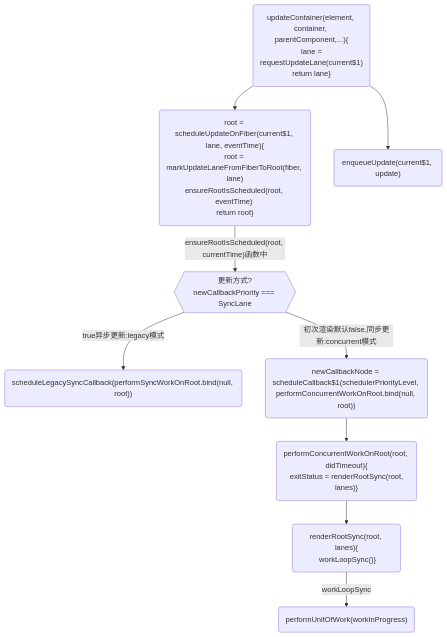
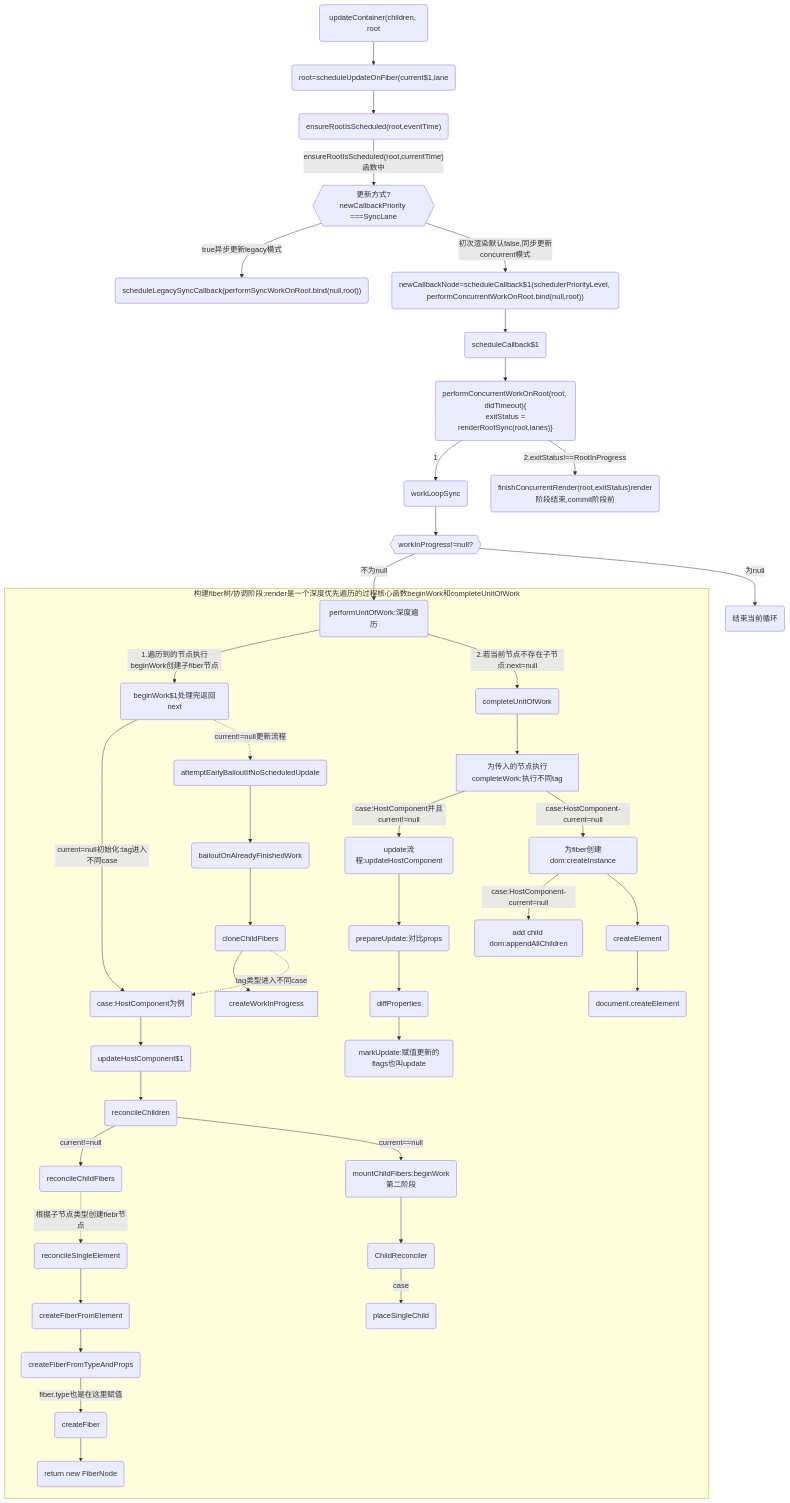
The third of 11 diagrams in A-React/01-jsx-ast-render阶段.md (huiruo/programming-technology), drawn with Mermaid before and after one commit. The commit also changed other lines of this file and 15 other files, not shown here.

````diff
--- a/A-React/01-jsx-ast-render阶段.md
+++ b/A-React/01-jsx-ast-render阶段.md
@@ -51,23 +500,52 @@
 ```mermaid
 flowchart TD
-A1("updateContainer(element, container, parentComponent,...){<br> lane = requestUpdateLane(current$1)
-return lane}")-->B1
+A1("updateContainer(children, root")-->A2("root=scheduleUpdateOnFiber(current$1,lane")--> A3("ensureRootIsScheduled(root,eventTime)")
 
-A1-->B2("enqueueUpdate(current$1, update)")
+A3--"ensureRootIsScheduled(root,currentTime)函数中"-->ifB{{"更新方式?newCallbackPriority ===SyncLane"}}
 
-B1("root = scheduleUpdateOnFiber(current$1, lane, eventTime){<br>root = markUpdateLaneFromFiberToRoot(fiber, lane)<br>ensureRootIsScheduled(root, eventTime) <br>return root}")
-B1--"ensureRootIsScheduled(root, currentTime)函数中"-->ifB{{"更新方式?newCallbackPriority === SyncLane"}}
+D1("scheduleLegacySyncCallback(performSyncWorkOnRoot.bind(null,root))")
+D2("newCallbackNode=scheduleCallback$1(schedulerPriorityLevel, performConcurrentWorkOnRoot.bind(null,root))")
 
-D1("scheduleLegacySyncCallback(performSyncWorkOnRoot.bind(null, root))")
-D2("newCallbackNode = scheduleCallback$1(schedulerPriorityLevel, performConcurrentWorkOnRoot.bind(null, root))")
+ifB--true异步更新legacy模式-->D1
+ifB--初次渲染默认false,同步更新concurrent模式-->D2
 
-ifB--true异步更新:legacy模式-->D1
-ifB--初次渲染默认false,同步更新:concurrent模式-->D2
+D2-->D3("scheduleCallback$1")-->D4("performConcurrentWorkOnRoot(root, didTimeout){<br> exitStatus = renderRootSync(root,lanes)}")
 
+D4--1-->D5("renderRootSync(root,lanes)")
 
-D2-->D2-1("performConcurrentWorkOnRoot(root, didTimeout){<br> exitStatus = renderRootSync(root, lanes)}")
+D4--"2.exitStatus!==RootInProgress"-->C1("finishConcurrentRender(root,exitStatus)render阶段结束,commit阶段前")
 
-D2-1-->D2-2("renderRootSync(root, lanes){<br> workLoopSync()}")
+D5(workLoopSync)-->A0Aif
+A0Aif{{workInProgress!=null?}}--不为null-->E1
+A0Aif--为null-->endW(结束当前循环)
 
-D2-2--workLoopSync-->D2-3("performUnitOfWork(workInProgress)")
+subgraph render1[构建fiber树/协调阶段:render是一个深度优先遍历的过程核心函数beginWork和completeUnitOfWork]
+
+  E1(performUnitOfWork:深度遍历)
+
+  E1--1.遍历到的节点执行beginWork创建子fiber节点-->E2(beginWork$1处理完返回next)
+
+  E1--2.若当前节点不存在子节点:next=null-->E6B(completeUnitOfWork)
+  
+  E2--current=null初始化:tag进入不同case-->E6A(case:HostComponent为例)-->E6A1(updateHostComponent$1)-->E6A2(reconcileChildren)--current!=null-->E6A3(reconcileChildFibers)
+
+	%% subgraph beginWork2[beginWork第二阶段]
+	E6A2--current==null-->z1("mountChildFibers:beginWork第二阶段")-->z2(ChildReconciler)--case-->z3(placeSingleChild)
+	%% end
+
+  E2-.current!=null更新流程.->E51(attemptEarlyBailoutIfNoScheduledUpdate)-->E52(bailoutOnAlreadyFinishedWork)-->E53(cloneChildFibers)
+
+  E6B-->E6B1[为传入的节点执行completeWork:执行不同tag]--case:HostComponent并且current!=null-->E6B2(update流程:updateHostComponent)-->E6A1A(prepareUpdate:对比props)-->E6A1B(diffProperties)-->E6A1C(markUpdate:赋值更新的flags也叫update)
+
+  E6B1--case:HostComponent-current=null-->E6B3(为fiber创建dom:createInstance)
+  E6B3--case:HostComponent-current=null-->E6B4(add child dom:appendAllChildren)
+  E6B3-->E6B3A(createElement)-->E6B3B(document.createElement)
+
+  E53-->createWorkInProgress
+  E53-.tag类型进入不同case.->E6A
+
+	%% subgraph render2[构建FiberNode]
+	E6A3-.根据子节点类型创建fiebr节点.->o1(reconcileSingleElement) -->o2(createFiberFromElement) --> o3(createFiberFromTypeAndProps) --fiber.type也是在这里赋值--> o4(createFiber)--> o5(return new FiberNode)
+	%% end
+end
 ```
````
